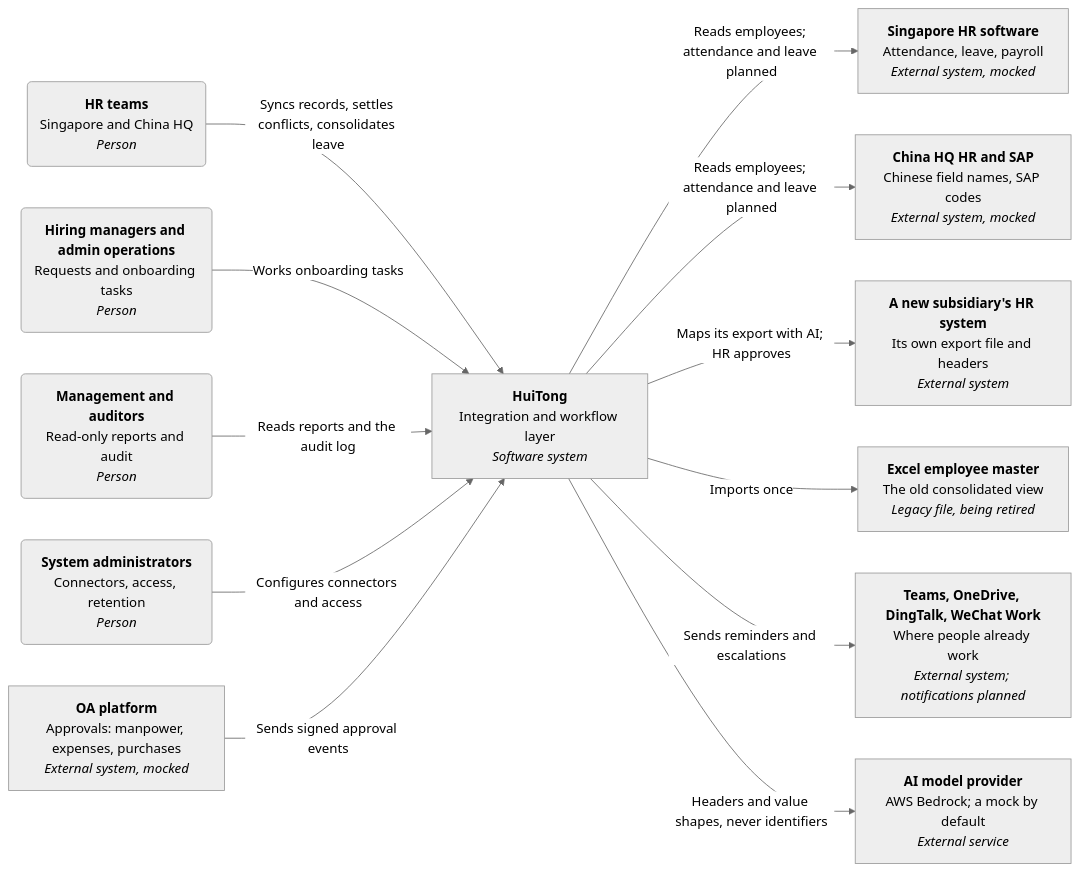
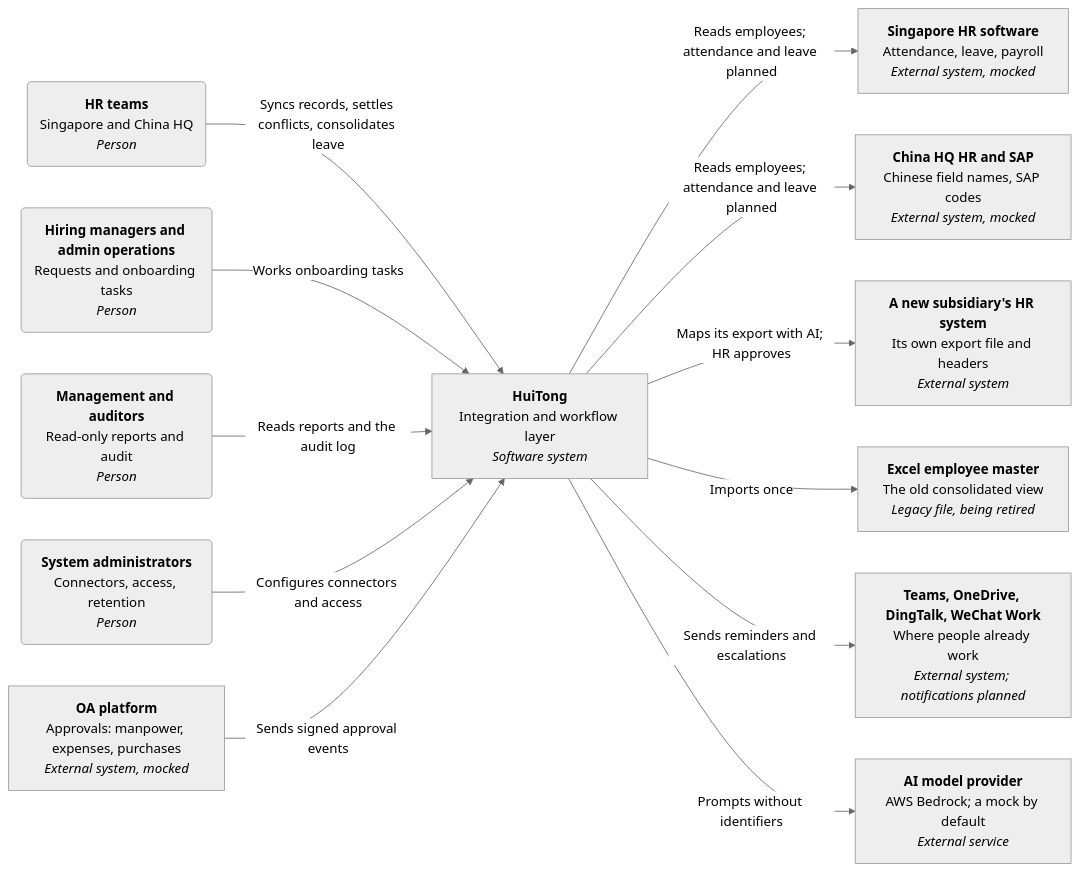
The diagram in docs/diagrams/system-context.mmd (xiu2809xiu-rgb/sccci-innovation-project), drawn with Mermaid (neutral theme) before and after one commit. The commit also changed 9 other files, not shown here.

First line of the commit message:
docs(diagrams): draw planned parts as planned in every diagram

```diff
--- a/docs/diagrams/system-context.mmd
+++ b/docs/diagrams/system-context.mmd
@@ -1,53 +1,53 @@
 %% C4 level 1, system context: who uses HuiTong, and the systems it connects.
 %% Arrows run from the side that starts the exchange; dashed boxes are mocks for the PoC.
 flowchart LR
   hr("`**HR teams**
 Singapore and China HQ
 _Person_`"):::person
   ops("`**Hiring managers and admin operations**
 Requests and onboarding tasks
 _Person_`"):::person
   mgmt("`**Management and auditors**
 Read-only reports and audit
 _Person_`"):::person
   admin("`**System administrators**
 Connectors, access, retention
 _Person_`"):::person
 
   huitong["`**HuiTong**
 Integration and workflow layer
 _Software system_`"]:::system
 
   oa["`**OA platform**
 Approvals: manpower, expenses, purchases
 _External system, mocked_`"]:::mock
   sghr["`**Singapore HR software**
 Attendance, leave, payroll
 _External system, mocked_`"]:::mock
   cnhq["`**China HQ HR and SAP**
 Chinese field names, SAP codes
 _External system, mocked_`"]:::mock
   newsub["`**A new subsidiary's HR system**
 Its own export file and headers
 _External system_`"]:::external
   excel["`**Excel employee master**
 The old consolidated view
 _Legacy file, being retired_`"]:::planned
   collab["`**Teams, OneDrive, DingTalk, WeChat Work**
 Where people already work
 _External system; notifications planned_`"]:::planned
   ai["`**AI model provider**
 AWS Bedrock; a mock by default
 _External service_`"]:::external
 
   hr -->|"Syncs records, settles conflicts, consolidates leave"| huitong
   ops -->|"Works onboarding tasks"| huitong
   mgmt -->|"Reads reports and the audit log"| huitong
   admin -->|"Configures connectors and access"| huitong
   oa -->|"Sends signed approval events"| huitong
   huitong -->|"Reads employees; attendance and leave planned"| sghr
   huitong -->|"Reads employees; attendance and leave planned"| cnhq
   huitong -->|"Maps its export with AI; HR approves"| newsub
   huitong -->|"Imports once"| excel
   huitong -->|"Sends reminders and escalations"| collab
-  huitong -->|"Headers and value shapes, never identifiers"| ai
+  huitong -->|"Prompts without identifiers"| ai
```
